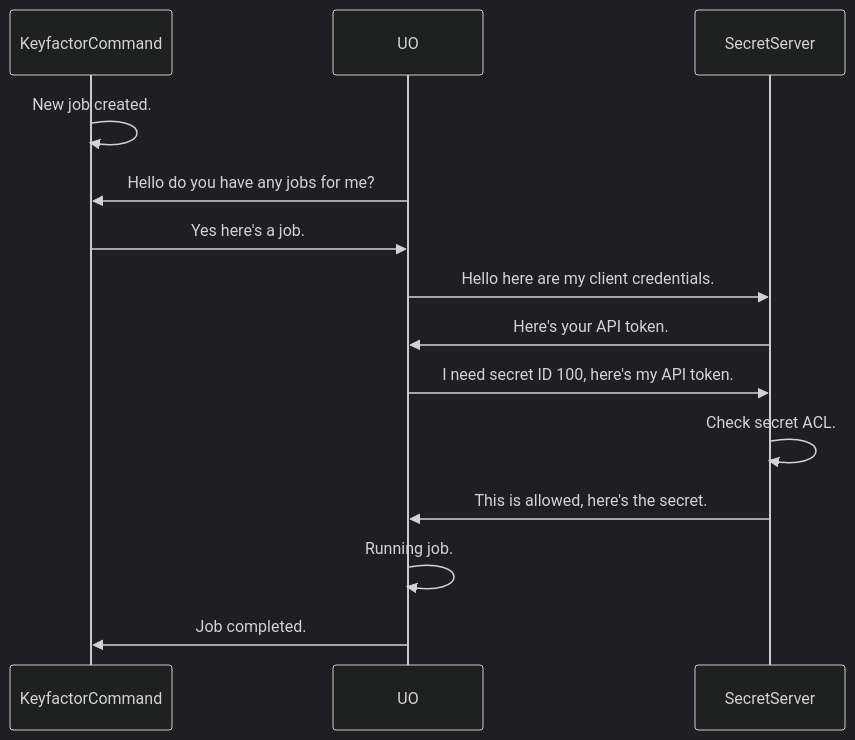
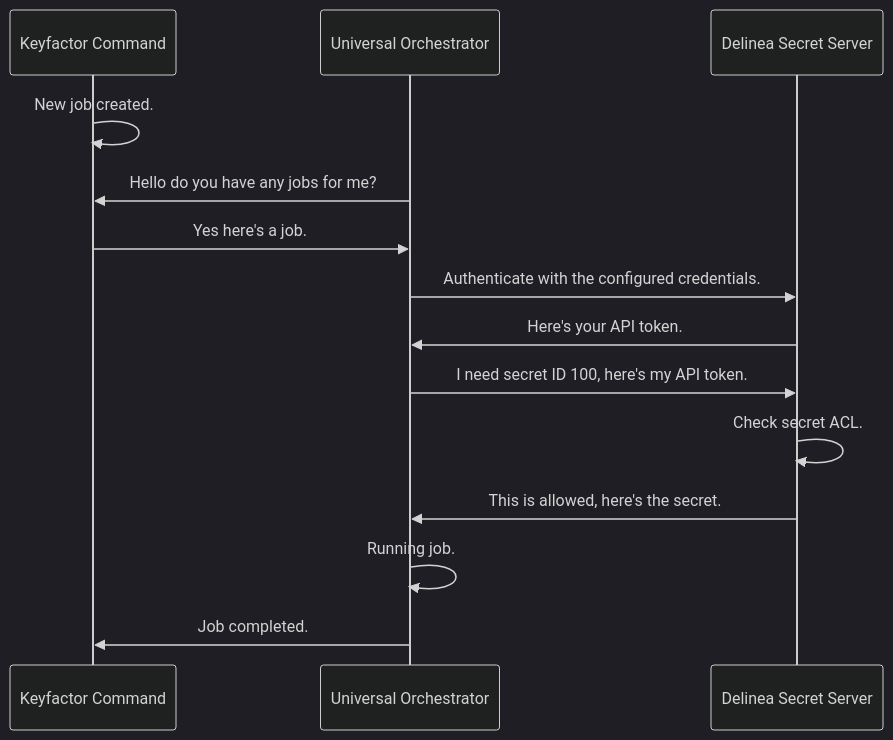
The first of 2 diagrams in README.md (Keyfactor/delinea-secretserver-pam), drawn with Mermaid (dark theme) before and after one commit. The commit also changed other lines of this file and 10 other files, not shown here.

````diff
--- a/README.md
+++ b/README.md
@@ -55,13 +76,16 @@
 ```mermaid
 sequenceDiagram
+    participant KeyfactorCommand as Keyfactor Command
+    participant UO as Universal Orchestrator
+    participant SecretServer as Delinea Secret Server
     KeyfactorCommand->>KeyfactorCommand: New job created.
     UO->>KeyfactorCommand: Hello do you have any jobs for me?
     KeyfactorCommand->>UO: Yes here's a job.
-    UO->>SecretServer: Hello here are my client credentials.
+    UO->>SecretServer: Authenticate with the configured credentials.
     SecretServer->>UO: Here's your API token.
     UO->>SecretServer: I need secret ID 100, here's my API token.
     SecretServer->>SecretServer: Check secret ACL.
     SecretServer->>UO: This is allowed, here's the secret. 
     UO->>UO: Running job.
     UO->>KeyfactorCommand: Job completed.
 ```
````
